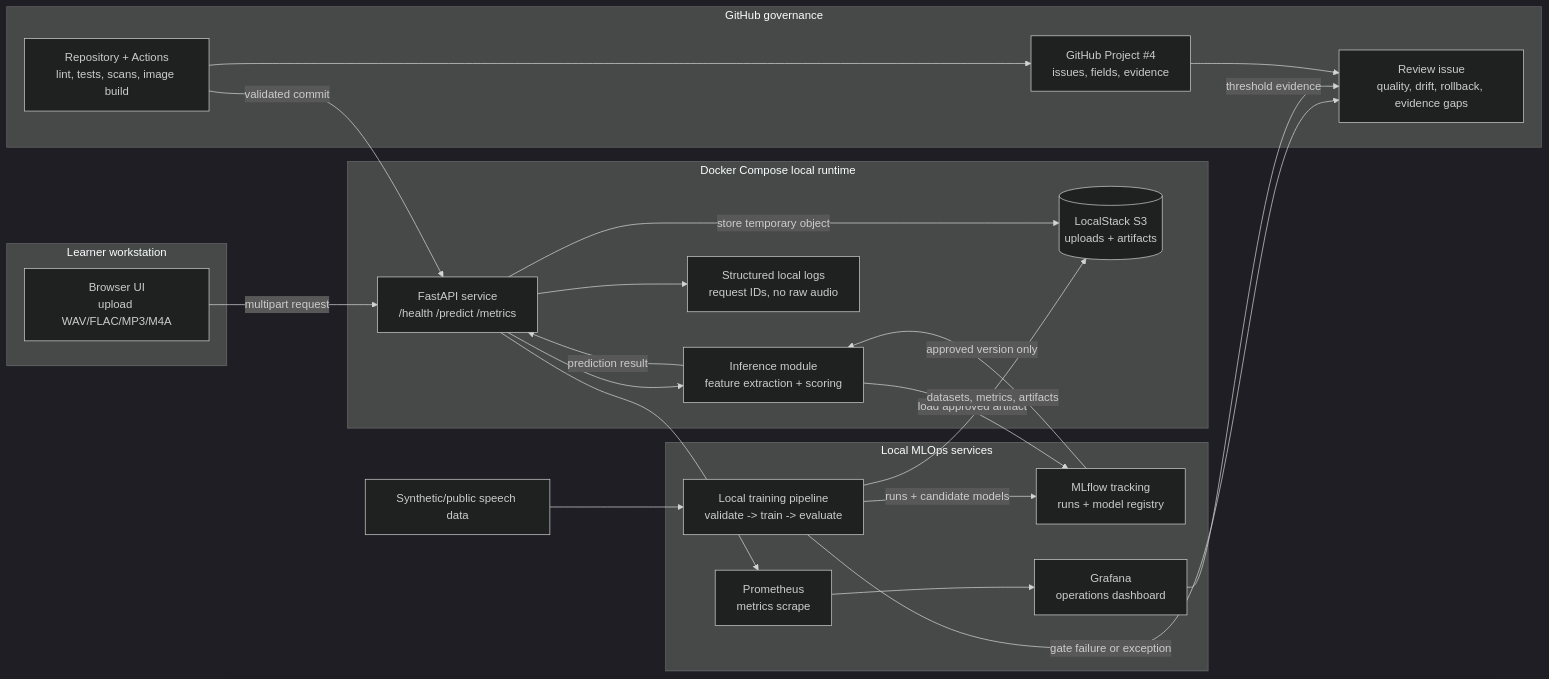
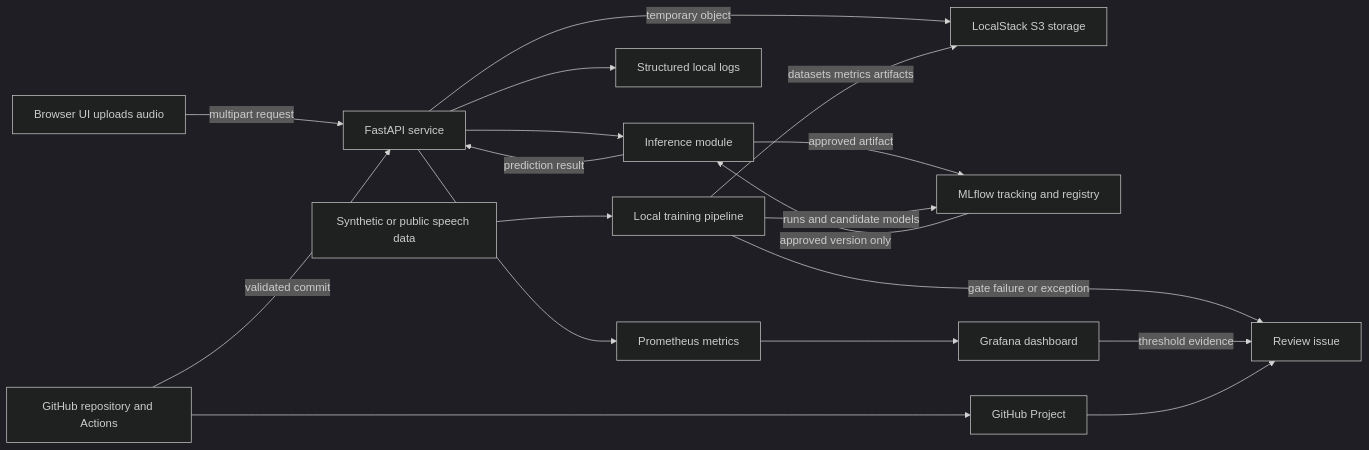
One commit to DanielAndi/fluentedge changed the first of 6 diagrams in FluentEdge_Sprint2_Design_and_Requirements_Specification.md. Above: the diagram before and after it, drawn with Mermaid (dark theme). The commit also changed other lines of this file and 2 other files, not shown here.

First line of the commit message:
docs(spec): simplify Mermaid diagrams for reliable PDF export

````diff
--- a/FluentEdge_Sprint2_Design_and_Requirements_Specification.md
+++ b/FluentEdge_Sprint2_Design_and_Requirements_Specification.md
@@ -193,44 +193,34 @@
 ```mermaid
-flowchart LR
-    subgraph Client["Learner workstation"]
-        U["Browser UI<br/>upload WAV/FLAC/MP3/M4A"]
-    end
+graph LR
+    U[Browser UI uploads audio]
+    API[FastAPI service]
+    INF[Inference module]
+    S3[LocalStack S3 storage]
+    LOG[Structured local logs]
+    PIPE[Local training pipeline]
+    REG[MLflow tracking and registry]
+    MET[Prometheus metrics]
+    GRAF[Grafana dashboard]
+    GH[GitHub repository and Actions]
+    PROJ[GitHub Project]
+    ISSUE[Review issue]
+    DATA[Synthetic or public speech data]
 
-    subgraph Runtime["Docker Compose local runtime"]
-        API["FastAPI service<br/>/health /predict /metrics"]
-        INF["Inference module<br/>feature extraction + scoring"]
-        S3[("LocalStack S3<br/>uploads + artifacts")]
-        LOG["Structured local logs<br/>request IDs, no raw audio"]
-    end
-
-    subgraph MLOps["Local MLOps services"]
-        PIPE["Local training pipeline<br/>validate -> train -> evaluate"]
-        REG["MLflow tracking<br/>runs + model registry"]
-        MET["Prometheus<br/>metrics scrape"]
-        GRAF["Grafana<br/>operations dashboard"]
-    end
-
-    subgraph Governance["GitHub governance"]
-        GH["Repository + Actions<br/>lint, tests, scans, image build"]
-        PROJ["GitHub Project #4<br/>issues, fields, evidence"]
-        ISSUE["Review issue<br/>quality, drift, rollback, evidence gaps"]
-    end
-
-    DATA["Synthetic/public speech data"] --> PIPE
-    U -->|"multipart request"| API
-    API -->|"store temporary object"| S3
+    DATA --> PIPE
+    U -- multipart request --> API
+    API -- temporary object --> S3
     API --> INF
-    INF -->|"load approved artifact"| REG
-    INF -->|"prediction result"| API
+    INF -- approved artifact --> REG
+    INF -- prediction result --> API
     API --> LOG
     API --> MET
     MET --> GRAF
-    PIPE -->|"datasets, metrics, artifacts"| S3
-    PIPE -->|"runs + candidate models"| REG
-    REG -->|"approved version only"| INF
-    PIPE -->|"gate failure or exception"| ISSUE
-    GRAF -->|"threshold evidence"| ISSUE
-    GH -->|"validated commit"| API
+    PIPE -- datasets metrics artifacts --> S3
+    PIPE -- runs and candidate models --> REG
+    REG -- approved version only --> INF
+    PIPE -- gate failure or exception --> ISSUE
+    GRAF -- threshold evidence --> ISSUE
+    GH -- validated commit --> API
     GH --> PROJ
     PROJ --> ISSUE
 ```
````
